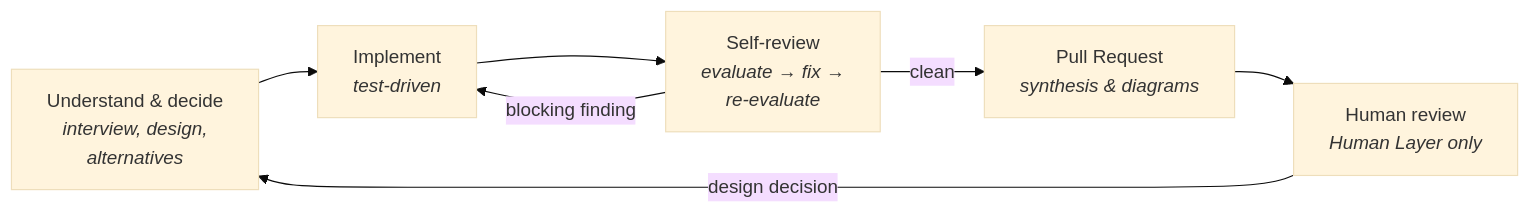
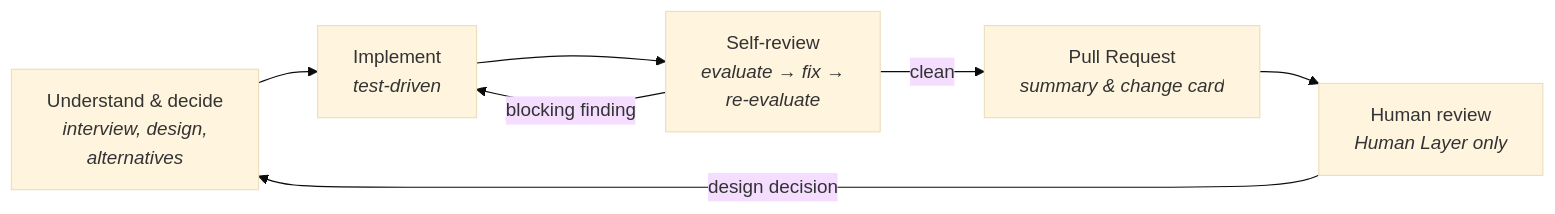
The second of 2 diagrams in README.md (tiagoornelas/ai-skills), drawn with Mermaid (base theme) before and after one commit. The commit also changed other lines of this file and 24 other files, not shown here.

````diff
--- a/README.md
+++ b/README.md
@@ -51,9 +51,9 @@
 ```mermaid
 graph LR
   D["Understand & decide<br/><i>interview, design,<br/>alternatives</i>"] --> I["Implement<br/><i>test-driven</i>"]
   I --> S["Self-review<br/><i>evaluate → fix →<br/>re-evaluate</i>"]
   S -- "blocking finding" --> I
-  S -- "clean" --> P["Pull Request<br/><i>synthesis & diagrams</i>"]
+  S -- "clean" --> P["Pull Request<br/><i>summary & change card</i>"]
   P --> R["Human review<br/><i>Human Layer only</i>"]
   R -- "design decision" --> D
 ```
````
